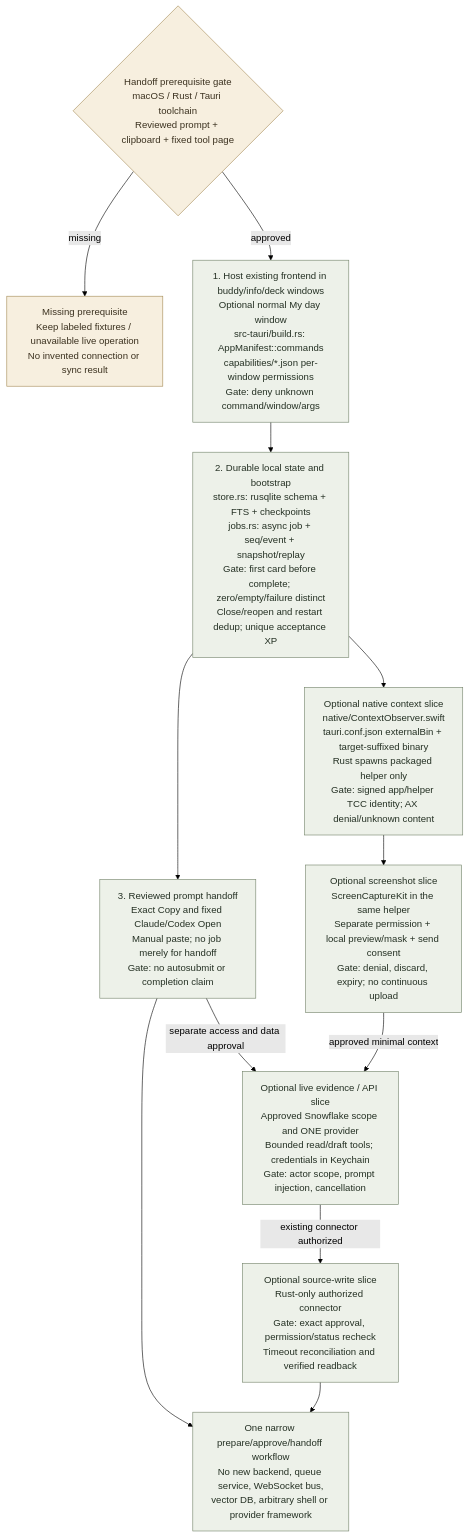
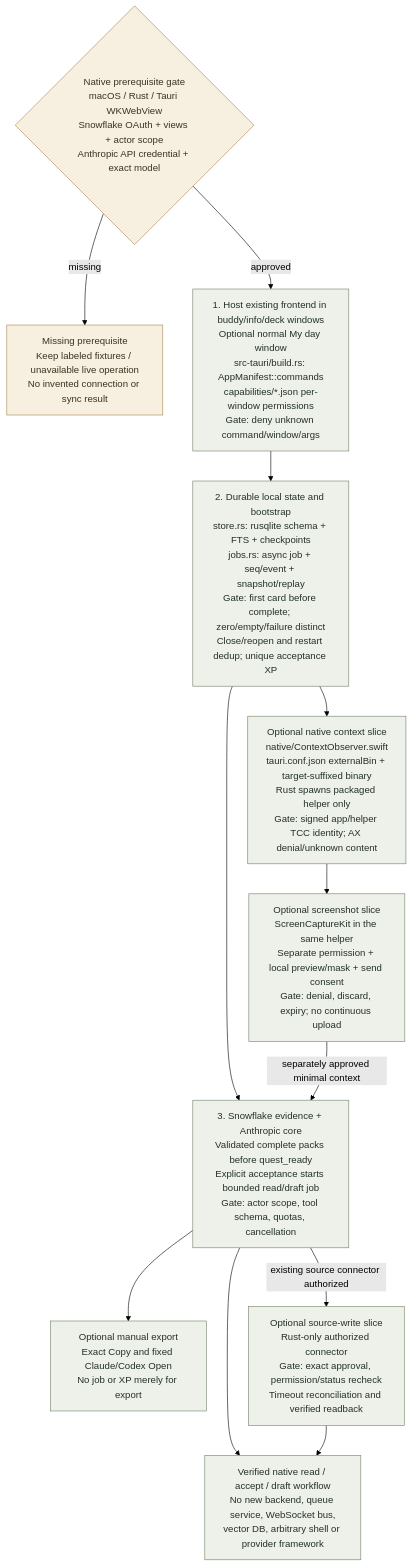
One commit to i098/open-loops changed the third of 4 diagrams in docs/architecture.md. Above: the diagram before and after it, drawn with Mermaid (forest theme). The commit also changed other lines of this file and 9 other files, not shown here.

Commit message:
Specify the native Snowflake and Anthropic build contract

````diff
--- a/docs/architecture.md
+++ b/docs/architecture.md
@@ -163,26 +165,26 @@
 ```mermaid
 flowchart TD
   accTitle: Tauri vertical slices and test gates
-  G{"Handoff prerequisite gate<br/>macOS / Rust / Tauri toolchain<br/>Reviewed prompt + clipboard + fixed tool page"}
+  G{"Native prerequisite gate<br/>macOS / Rust / Tauri WKWebView<br/>Snowflake OAuth + views + actor scope<br/>Anthropic API credential + exact model"}
   F["Missing prerequisite<br/>Keep labeled fixtures / unavailable live operation<br/>No invented connection or sync result"]
   A["1. Host existing frontend in buddy/info/deck windows<br/>Optional normal My day window<br/>src-tauri/build.rs: AppManifest::commands<br/>capabilities/*.json per-window permissions<br/>Gate: deny unknown command/window/args"]
   B["2. Durable local state and bootstrap<br/>store.rs: rusqlite schema + FTS + checkpoints<br/>jobs.rs: async job + seq/event + snapshot/replay<br/>Gate: first card before complete; zero/empty/failure distinct<br/>Close/reopen and restart dedup; unique acceptance XP"]
-  C["3. Reviewed prompt handoff<br/>Exact Copy and fixed Claude/Codex Open<br/>Manual paste; no job merely for handoff<br/>Gate: no autosubmit or completion claim"]
-  API["Optional live evidence / API slice<br/>Approved Snowflake scope and ONE provider<br/>Bounded read/draft tools; credentials in Keychain<br/>Gate: actor scope, prompt injection, cancellation"]
+  C["3. Snowflake evidence + Anthropic core<br/>Validated complete packs before quest_ready<br/>Explicit acceptance starts bounded read/draft job<br/>Gate: actor scope, tool schema, quotas, cancellation"]
+  API["Optional manual export<br/>Exact Copy and fixed Claude/Codex Open<br/>No job or XP merely for export"]
   H["Optional native context slice<br/>native/ContextObserver.swift<br/>tauri.conf.json externalBin + target-suffixed binary<br/>Rust spawns packaged helper only<br/>Gate: signed app/helper TCC identity; AX denial/unknown content"]
   I["Optional screenshot slice<br/>ScreenCaptureKit in the same helper<br/>Separate permission + local preview/mask + send consent<br/>Gate: denial, discard, expiry; no continuous upload"]
   W["Optional source-write slice<br/>Rust-only authorized connector<br/>Gate: exact approval, permission/status recheck<br/>Timeout reconciliation and verified readback"]
-  T["One narrow prepare/approve/handoff workflow<br/>No new backend, queue service, WebSocket bus,<br/>vector DB, arbitrary shell or provider framework"]
+  T["Verified native read / accept / draft workflow<br/>No new backend, queue service, WebSocket bus,<br/>vector DB, arbitrary shell or provider framework"]
   G -->|"missing"| F
   G -->|"approved"| A
   A --> B --> C --> T
   B --> H --> I
-  C -->|"separate access and data approval"| API
-  I -->|"approved minimal context"| API
-  API -->|"existing connector authorized"| W
+  C --> API
+  I -->|"separately approved minimal context"| C
+  C -->|"existing source connector authorized"| W
   W --> T
   classDef gate fill:#f7efdf,stroke:#a58a56,color:#3c3220
   classDef slice fill:#edf1e9,stroke:#73836a,color:#253124
   class G,F gate
   class A,B,C,API,H,I,W,T slice
 ```
````
